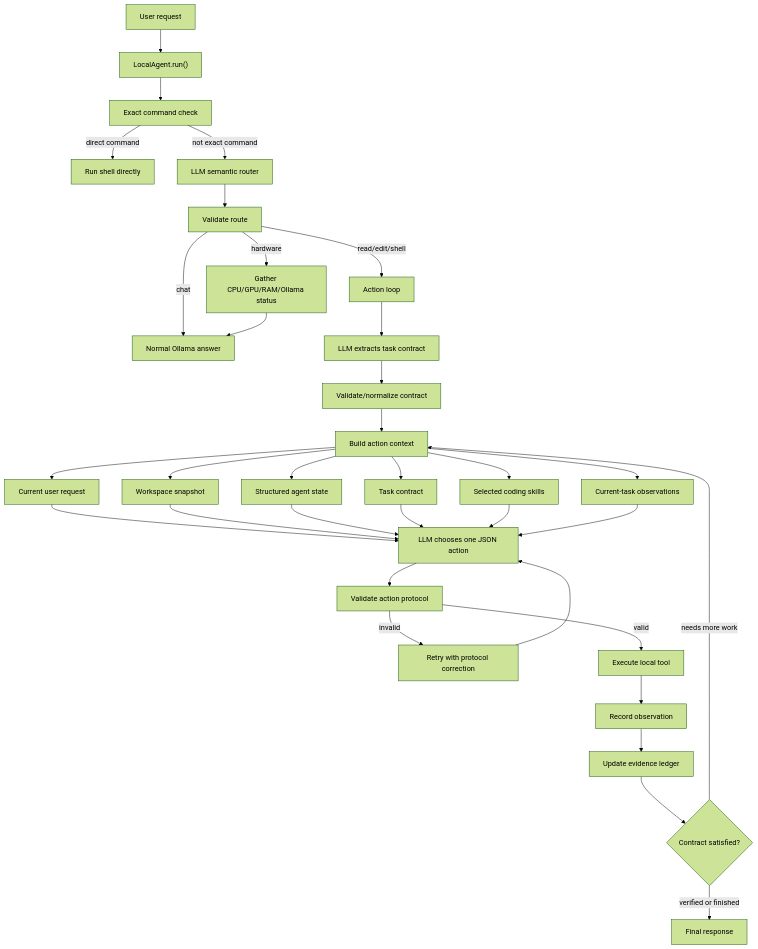
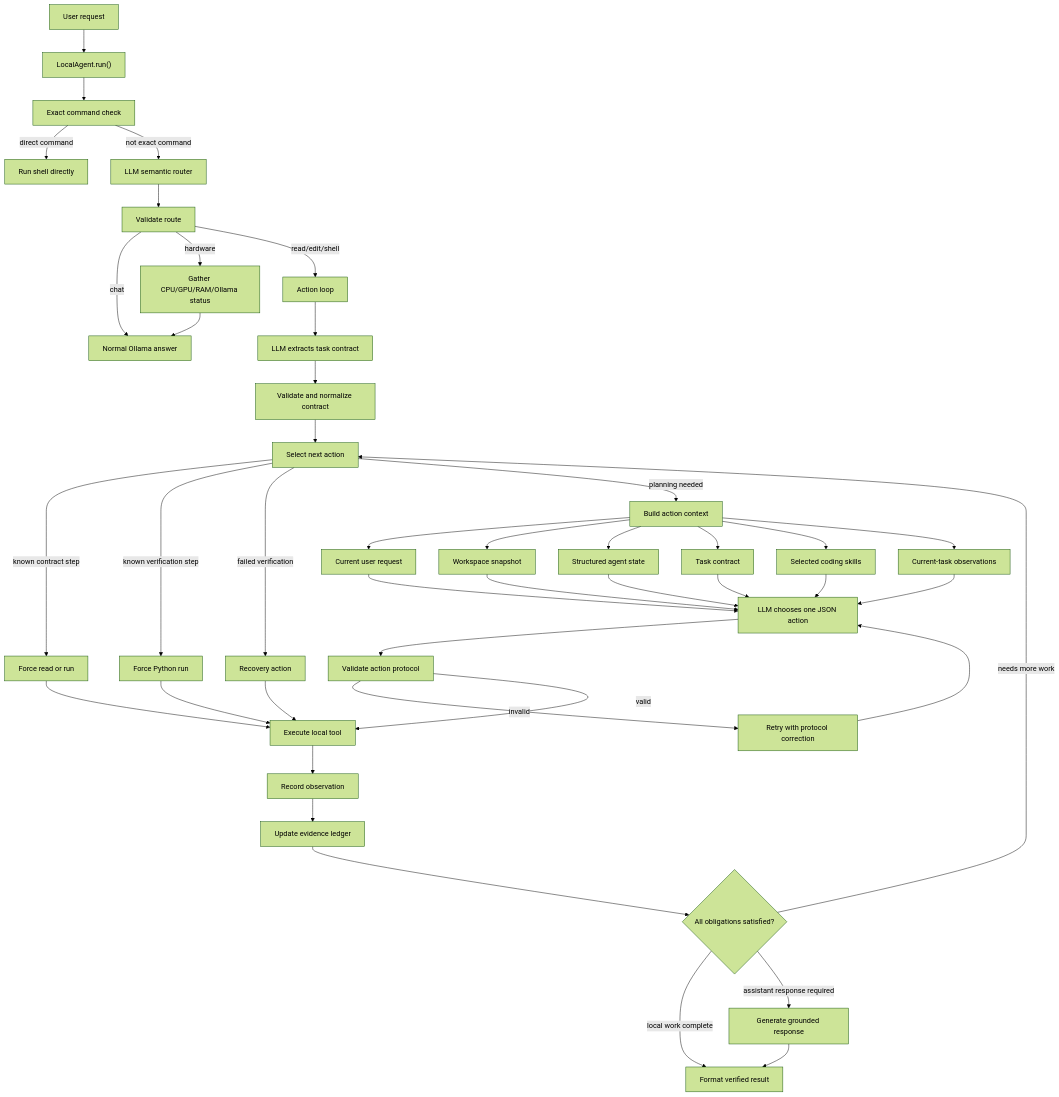
Before and after one commit to Linbooooo/LocalAgenticAI: the diagram in docs/architecture.md, drawn with Mermaid (forest theme). The commit also changed other lines of this file and 3 other files, not shown here.

````diff
--- a/docs/architecture.md
+++ b/docs/architecture.md
@@ -5,44 +5,55 @@
 ```mermaid
 flowchart TD
     A["User request"] --> B["LocalAgent.run()"]
 
     B --> C["Exact command check"]
     C -->|direct command| D["Run shell directly"]
     C -->|not exact command| E["LLM semantic router"]
 
     E --> F["Validate route"]
     F -->|chat| G["Normal Ollama answer"]
     F -->|hardware| H["Gather CPU/GPU/RAM/Ollama status"]
     F -->|read/edit/shell| I["Action loop"]
 
     H --> G
 
     I --> J["LLM extracts task contract"]
-    J --> K["Validate/normalize contract"]
-    K --> L["Build action context"]
-    L --> M["Current user request"]
-    L --> N["Workspace snapshot"]
-    L --> O["Structured agent state"]
-    L --> P["Task contract"]
-    L --> Q["Selected coding skills"]
-    L --> R["Current-task observations"]
+    J --> K["Validate and normalize contract"]
+    K --> L["Select next action"]
 
-    M --> S["LLM chooses one JSON action"]
-    N --> S
-    O --> S
-    P --> S
-    Q --> S
-    R --> S
+    L -->|known contract step| M["Force read or run"]
+    L -->|known verification step| N["Force Python run"]
+    L -->|failed verification| O["Recovery action"]
+    L -->|planning needed| P["Build action context"]
 
-    S --> T["Validate action protocol"]
-    T -->|invalid| U["Retry with protocol correction"]
-    U --> S
+    P --> Q["Current user request"]
+    P --> R["Workspace snapshot"]
+    P --> S["Structured agent state"]
+    P --> T["Task contract"]
+    P --> U["Selected coding skills"]
+    P --> V["Current-task observations"]
 
-    T -->|valid| V["Execute local tool"]
-    V --> W["Record observation"]
-    W --> X["Update evidence ledger"]
+    Q --> W["LLM chooses one JSON action"]
+    R --> W
+    S --> W
+    T --> W
+    U --> W
+    V --> W
 
-    X --> Y{"Contract satisfied?"}
-    Y -->|needs more work| L
-    Y -->|verified or finished| Z["Final response"]
+    W --> X["Validate action protocol"]
+    X -->|invalid| Y["Retry with protocol correction"]
+    Y --> W
+
+    M --> Z["Execute local tool"]
+    N --> Z
+    O --> Z
+    X -->|valid| Z
+    Z --> AA["Record observation"]
+    AA --> AB["Update evidence ledger"]
+
+    AB --> AC{"All obligations satisfied?"}
+    AC -->|needs more work| L
+    AC -->|local work complete| AD["Format verified result"]
+    AC -->|assistant response required| AE["Generate grounded response"]
+    AE --> AD
 ```
````
